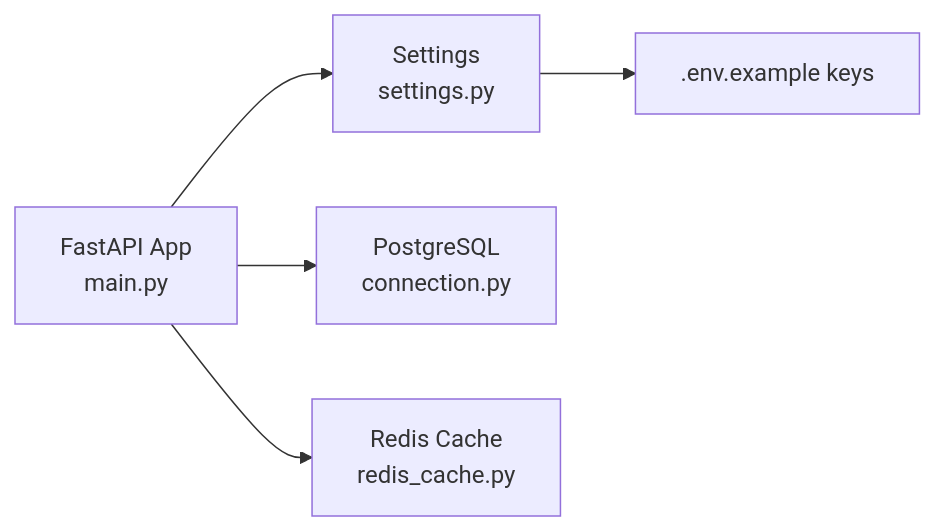
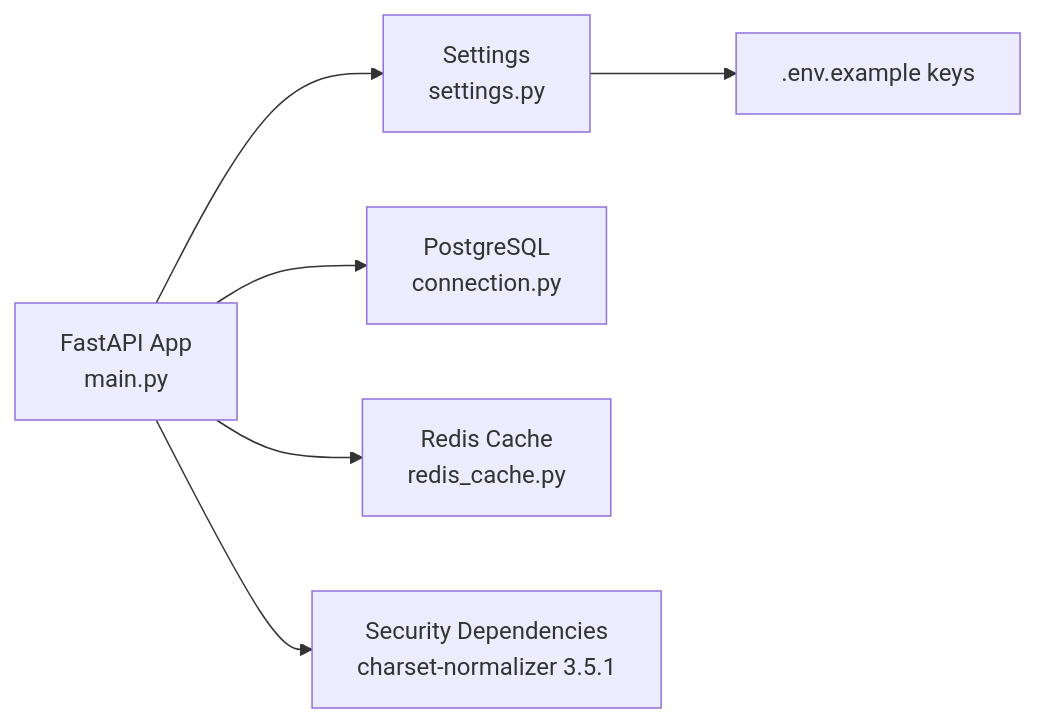
One commit to Muhammad-Masood/tijarah-ai-backend changed the third of 4 diagrams in .qoder/repowiki/en/content/Deployment & Operations/Containerization & Deployment.md. Above: the diagram before and after it, drawn with Mermaid. The commit also changed other lines of this file and 3 other files, not shown here.

Commit message:
pin charset-normalizer

````diff
--- a/.qoder/repowiki/en/content/Deployment & Operations/Containerization & Deployment.md
+++ b/.qoder/repowiki/en/content/Deployment & Operations/Containerization & Deployment.md
@@ -327,7 +333,8 @@
 ```mermaid
 graph LR
 APP["FastAPI App<br/>main.py"] --> CFG["Settings<br/>settings.py"]
 APP --> DB["PostgreSQL<br/>connection.py"]
 APP --> REDIS["Redis Cache<br/>redis_cache.py"]
 CFG --> ENV[".env.example keys"]
+APP --> SEC["Security Dependencies<br/>charset-normalizer 3.5.1"]
 ```
````
